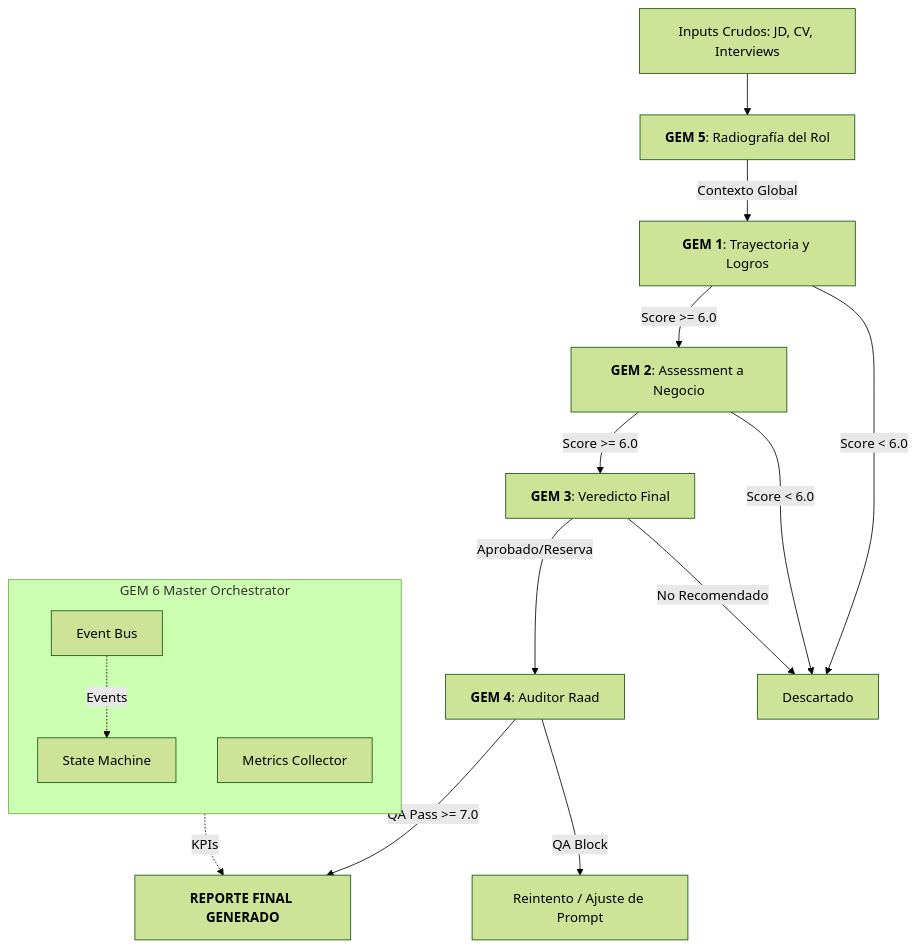
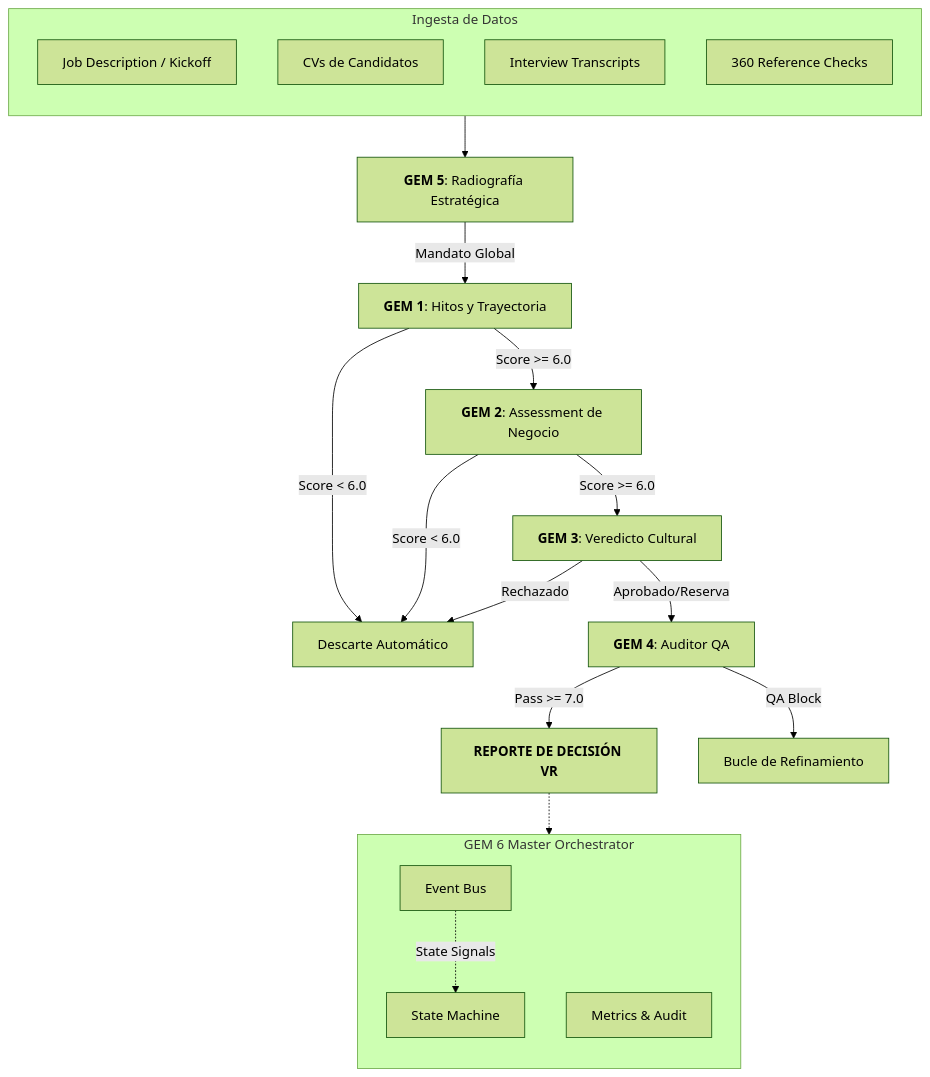
Before and after one commit to tomascarminatti-ux/raadbot: the diagram in README.md, drawn with Mermaid (forest theme). The commit also changed other lines of this file, not shown here.

Commit message:
docs: overhaul README with comprehensive architecture, v2.0 flow, and operation guides

````diff
--- a/README.md
+++ b/README.md
@@ -22,27 +32,35 @@
 ```mermaid
 flowchart TD
-    subgraph GEM6_Orchestrator [GEM 6 Master Orchestrator]
+    subgraph INPUTS [Ingesta de Datos]
+        direction TB
+        JD[Job Description / Kickoff]
+        CV[CVs de Candidatos]
+        INT[Interview Transcripts]
+        REF[360 Reference Checks]
+    end
+
+    subgraph ENGINE [GEM 6 Master Orchestrator]
         direction TB
         SM[State Machine]
         EB[Event Bus]
-        MC[Metrics Collector]
+        MC[Metrics & Audit]
     end
 
-    A[Inputs Crudos: JD, CV, Interviews] --> G5[<b>GEM 5</b>: Radiografía del Rol]
-    G5 -->|Contexto Global| G1[<b>GEM 1</b>: Trayectoria y Logros]
+    JD --> G5[<b>GEM 5</b>: Radiografía Estratégica]
+    G5 -->|Mandato Global| G1[<b>GEM 1</b>: Hitos y Trayectoria]
     
-    G1 -->|Score >= 6.0| G2[<b>GEM 2</b>: Assessment a Negocio]
-    G1 -->|Score < 6.0| Z[Descartado]
+    G1 -->|Score >= 6.0| G2[<b>GEM 2</b>: Assessment de Negocio]
+    G1 -->|Score < 6.0| Z[Descarte Automático]
     
-    G2 -->|Score >= 6.0| G3[<b>GEM 3</b>: Veredicto Final]
+    G2 -->|Score >= 6.0| G3[<b>GEM 3</b>: Veredicto Cultural]
     G2 -->|Score < 6.0| Z
     
-    G3 -->|Aprobado/Reserva| G4[<b>GEM 4</b>: Auditor Raad]
-    G3 -->|No Recomendado| Z
+    G3 -->|Aprobado/Reserva| G4[<b>GEM 4</b>: Auditor QA]
+    G3 -->|Rechazado| Z
     
-    G4 -->|QA Pass >= 7.0| REPORT[<b>REPORTE FINAL GENERADO</b>]
-    G4 -->|QA Block| RE[Reintento / Ajuste de Prompt]
+    G4 -->|Pass >= 7.0| REPORT[<b>REPORTE DE DECISIÓN VR</b>]
+    G4 -->|QA Block| RE[Bucle de Refinamiento]
     
-    MC -.->|KPIs| REPORT
-    EB -.->|Events| SM
+    REPORT -.-> MC
+    EB -.->|State Signals| SM
 ```
````
